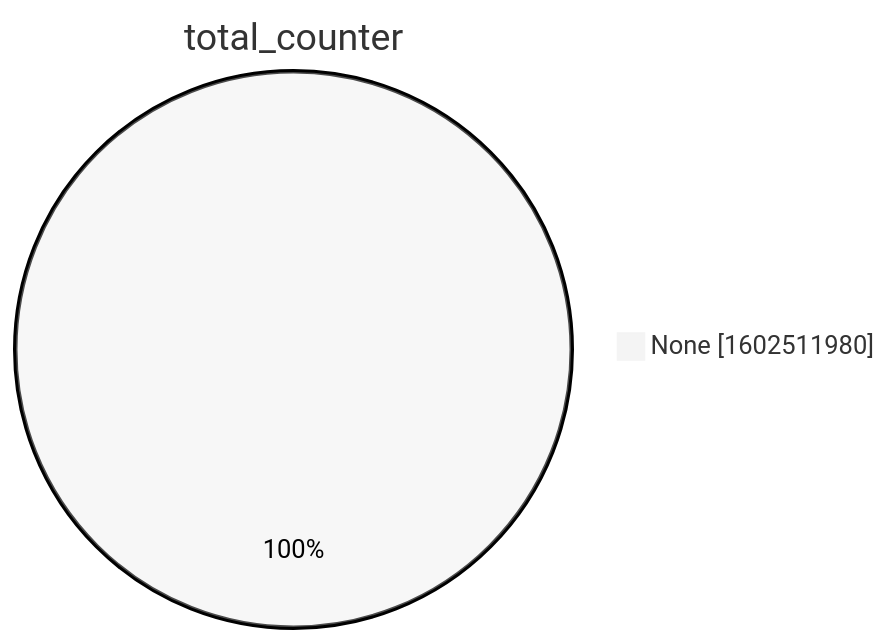
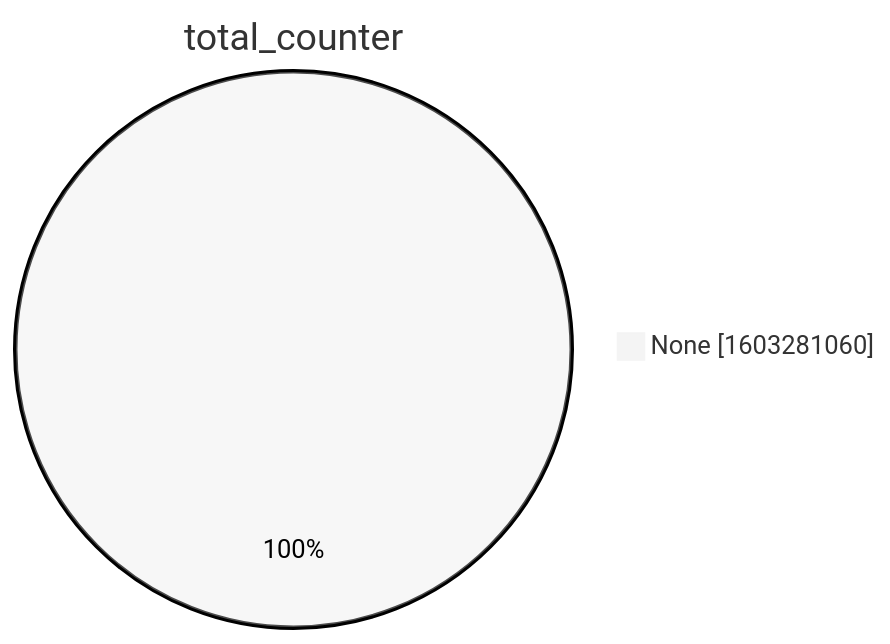
Before and after one commit to christiankrug/ctmonitor_visualization: the second of 15 diagrams in xenon2022/README.md, drawn with Mermaid (neutral theme). The commit also changed other lines of this file, not shown here.

````diff
--- a/xenon2022/README.md
+++ b/xenon2022/README.md
@@ -9,5 +9,5 @@
 ```mermaid
 pie showData
 title total_counter
-"None" :1602511980
+"None" :1603281060
 ```
````
